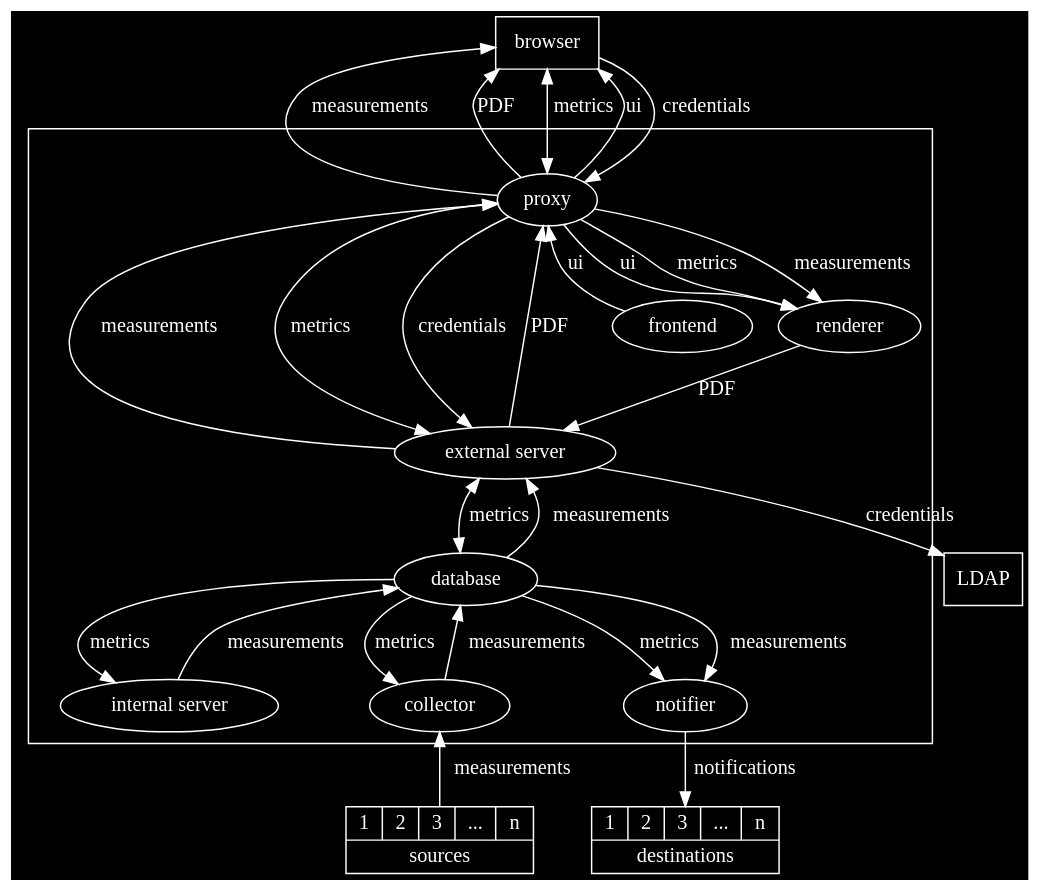
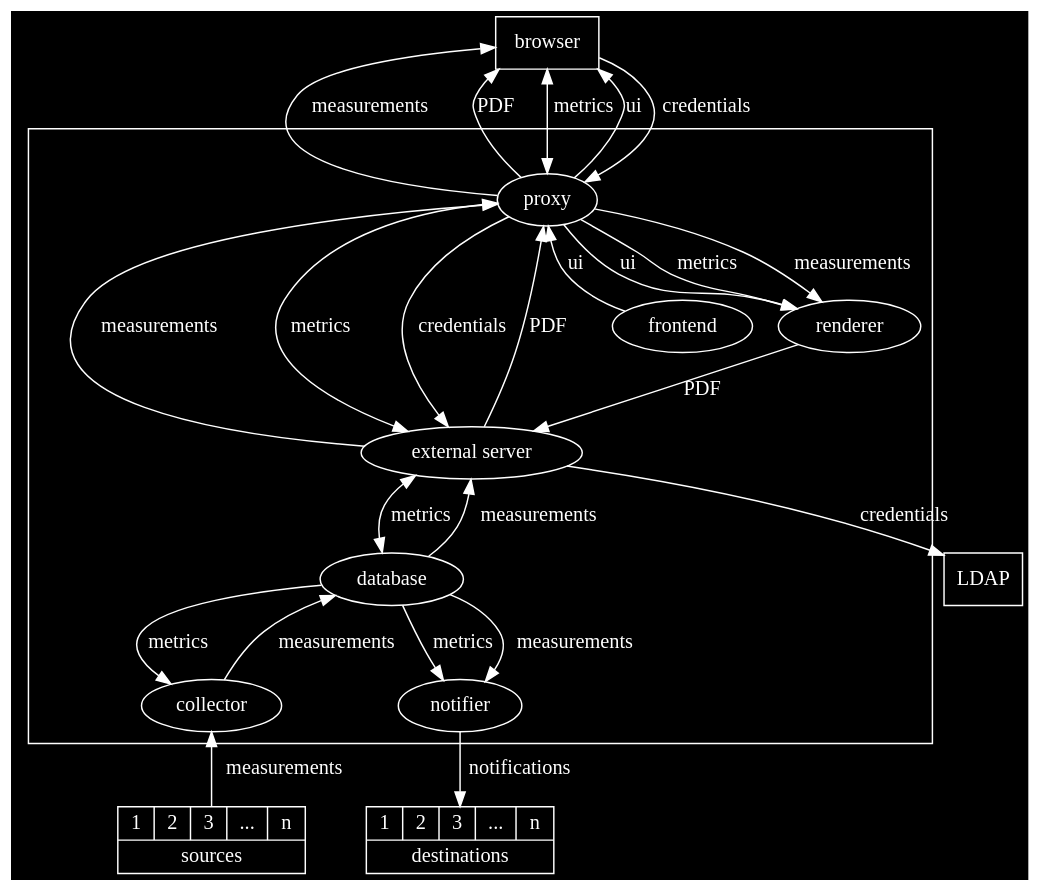
The diagram in docs/src/components-dark.dot (ICTU/quality-time), drawn with Graphviz before and after one commit. The commit also changed 70 other files, not shown here.

Commit message:
Remove internal server component. Closes #5822.

```diff
--- a/docs/src/components-dark.dot
+++ b/docs/src/components-dark.dot
@@ -1,41 +1,38 @@
 digraph {
   graph [bgcolor=transparant, fontname="SFMono-Regular"]
   node [color=white, fontcolor=white, fontname="SFMono-Regular"]
   edge [color=white, fontcolor=white, fontname="SFMono-Regular"]
   browser [shape=rectangle]
   ldap [shape=rectangle, label="LDAP"]
   subgraph cluster_qt {
     rank="min"
     label="Quality-time"
     color=white
     external_server [label="external server"]
-    internal_server [label="internal server"]
     proxy -> frontend [label=ui, dir="back"]
     proxy -> external_server [label=measurements, dir="back"]
     proxy -> external_server [label=metrics, dir="both"]
     proxy -> external_server [label=credentials]
     proxy -> external_server [label=PDF, dir="back"]
     proxy -> renderer [label=ui]
     proxy -> renderer [label=metrics]
     proxy -> renderer [label=measurements]
     external_server -> database [label=metrics, dir="both"]
     external_server -> database [label=measurements, dir="back"]
-    database -> internal_server [label=metrics]
-    database -> internal_server [label=measurements, dir="back"]
     database -> collector [label=metrics]
     database -> collector [label=measurements, dir="back"]
     database -> notifier [label=metrics]
     database -> notifier [label=measurements]
     renderer -> external_server [label=PDF]
   }
   browser -> proxy [label=measurements, dir="back"]
   browser -> proxy [label=PDF, dir="back"]
   browser -> proxy [label=metrics, dir="both"]
   browser -> proxy [label=ui, dir="back"]
   browser -> proxy [label=credentials]
   collector -> source [label=measurements, dir="back"]
   notifier -> destination [label=notifications]
   external_server -> ldap [label=credentials]
   source [label="{{1|2|3|...|n}|sources}" shape=record]
   destination [label="{{1|2|3|...|n}|destinations}" shape=record]
 }
```
